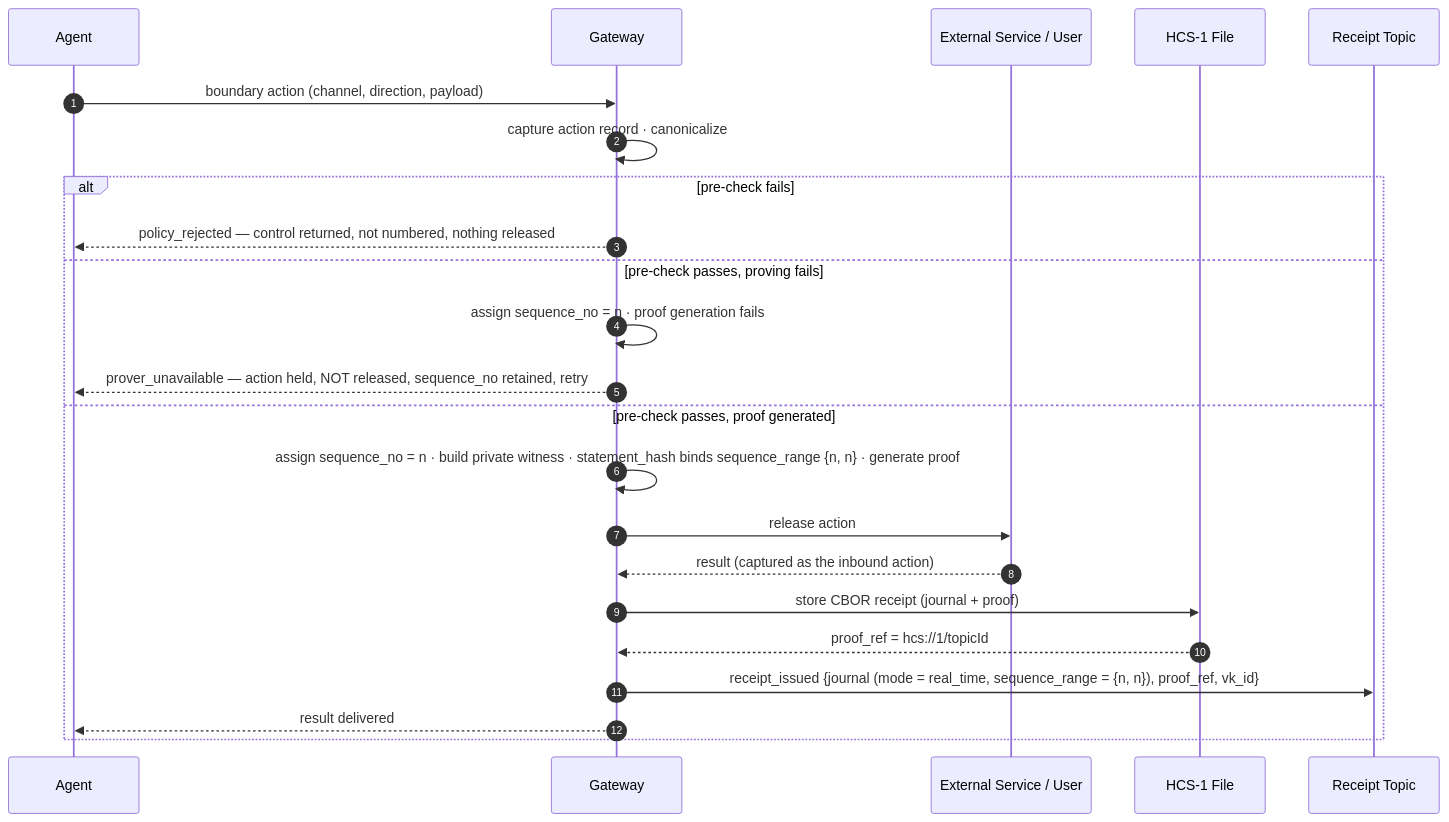
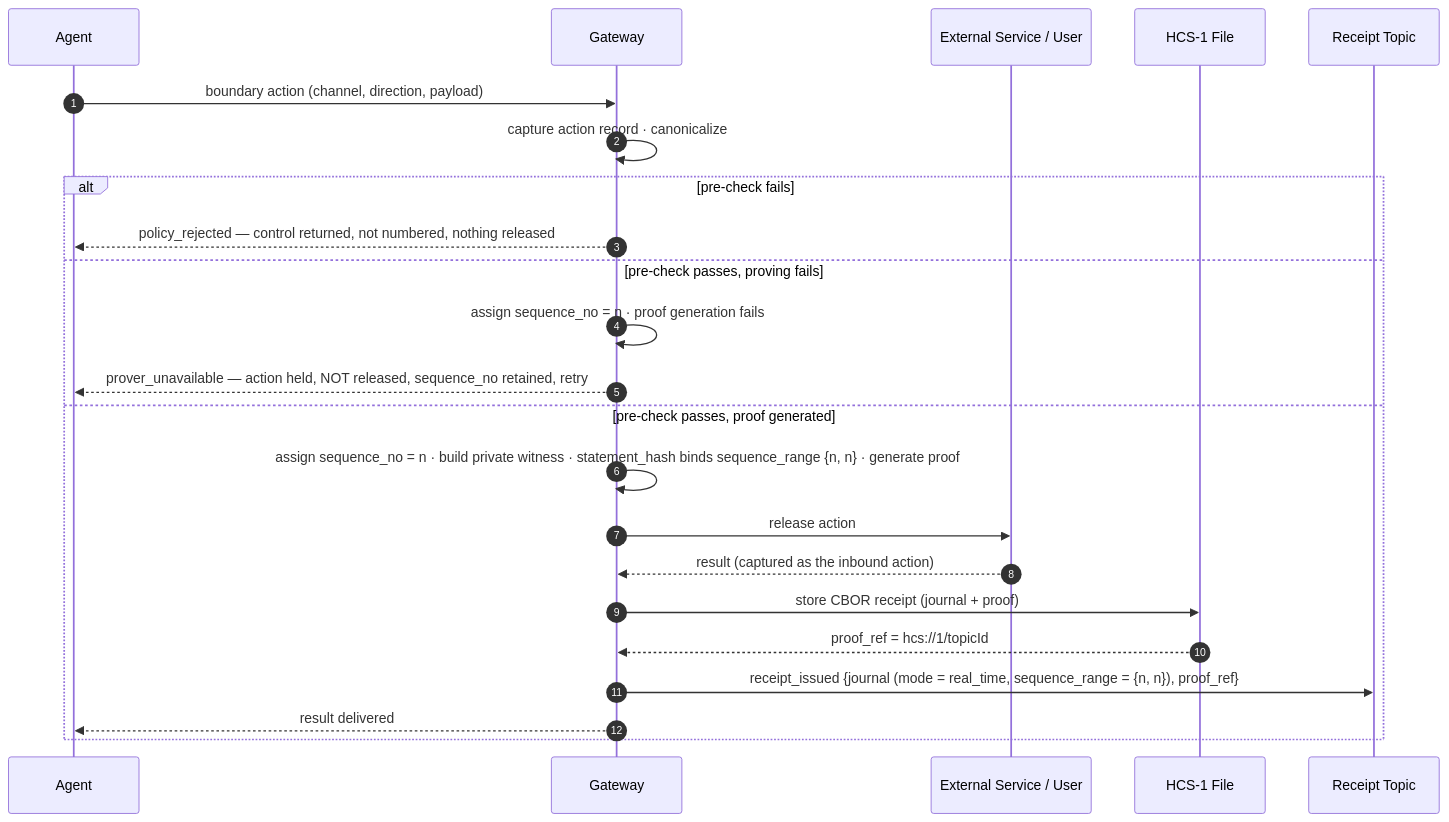
Before and after one commit to hashgraph-online/cryptographic-agent-execution-wg: the ninth of 23 diagrams in drafts/ZKBC-Architecture-Diagrams.md, drawn with Mermaid. The commit also changed other lines of this file and 3 other files, not shown here.

````diff
--- a/drafts/ZKBC-Architecture-Diagrams.md
+++ b/drafts/ZKBC-Architecture-Diagrams.md
@@ -424,26 +428,26 @@
 ```mermaid
 sequenceDiagram
   autonumber
   participant Agent
   participant Gateway
   participant Ext as External Service / User
   participant F1 as HCS-1 File
   participant RT as Receipt Topic
 
   Agent->>Gateway: boundary action (channel, direction, payload)
   Gateway->>Gateway: capture action record · canonicalize
   alt pre-check fails
     Gateway-->>Agent: policy_rejected — control returned, not numbered, nothing released
   else pre-check passes, proving fails
     Gateway->>Gateway: assign sequence_no = n · proof generation fails
     Gateway-->>Agent: prover_unavailable — action held, NOT released, sequence_no retained, retry
   else pre-check passes, proof generated
     Gateway->>Gateway: assign sequence_no = n · build private witness · statement_hash binds sequence_range {n, n} · generate proof
     Gateway->>Ext: release action
     Ext-->>Gateway: result (captured as the inbound action)
     Gateway->>F1: store CBOR receipt (journal + proof)
     F1-->>Gateway: proof_ref = hcs://1/topicId
-    Gateway->>RT: receipt_issued {journal (mode = real_time, sequence_range = {n, n}), proof_ref, vk_id}
+    Gateway->>RT: receipt_issued {journal (mode = real_time, sequence_range = {n, n}), proof_ref}
     Gateway-->>Agent: result delivered
   end
 ```
````
